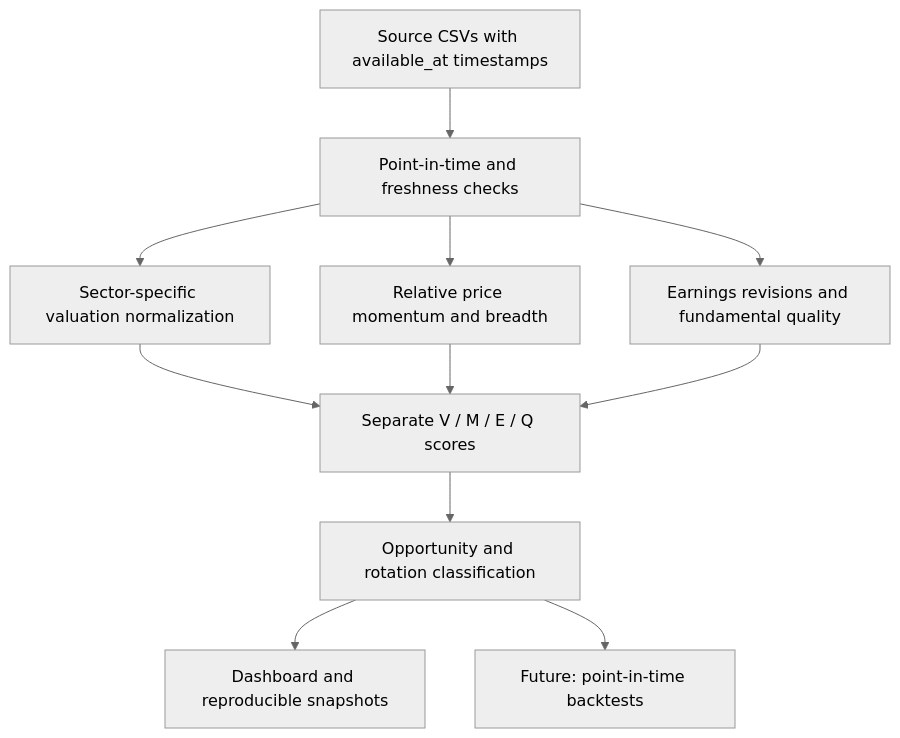
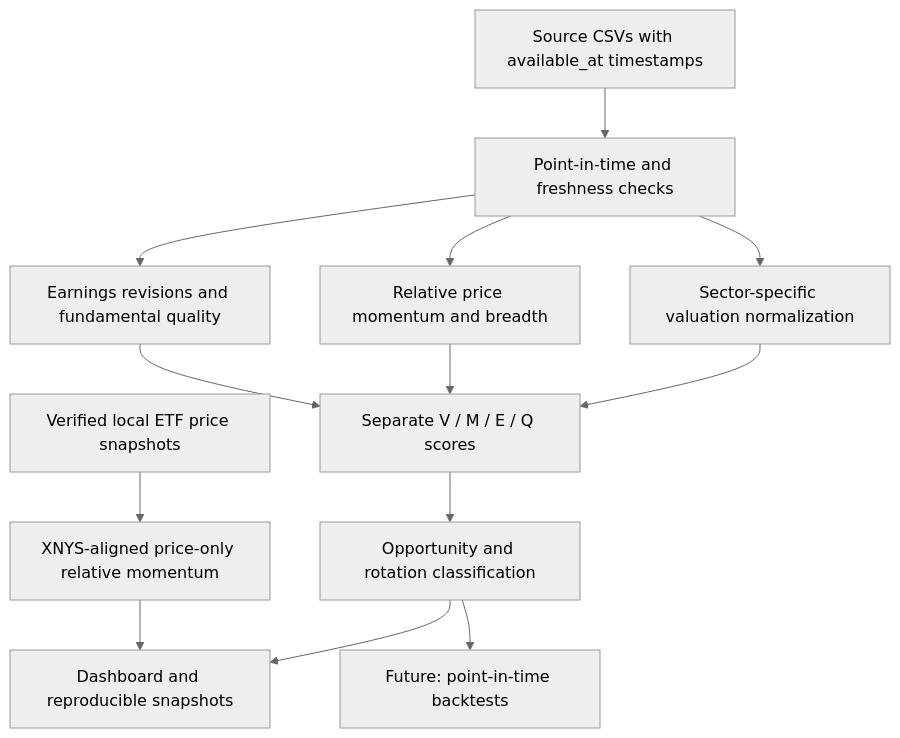
The diagram in README.md (unpwkn/sector-intelligence-lab), drawn with Mermaid (neutral theme) before and after one commit. The commit also changed other lines of this file and 10 other files, not shown here.

Commit message:
Add Phase 2 sector price momentum and relative strength research

````diff
--- a/README.md
+++ b/README.md
@@ -32,13 +33,15 @@
 ```mermaid
 flowchart TD
     A[Source CSVs with available_at timestamps] --> B[Point-in-time and freshness checks]
     B --> C[Sector-specific valuation normalization]
     B --> D[Relative price momentum and breadth]
     B --> E[Earnings revisions and fundamental quality]
     C --> F[Separate V / M / E / Q scores]
     D --> F
     E --> F
     F --> G[Opportunity and rotation classification]
     G --> H[Dashboard and reproducible snapshots]
     G --> I[Future: point-in-time backtests]
+    J[Verified local ETF price snapshots] --> K[XNYS-aligned price-only relative momentum]
+    K --> H
 ```
````
